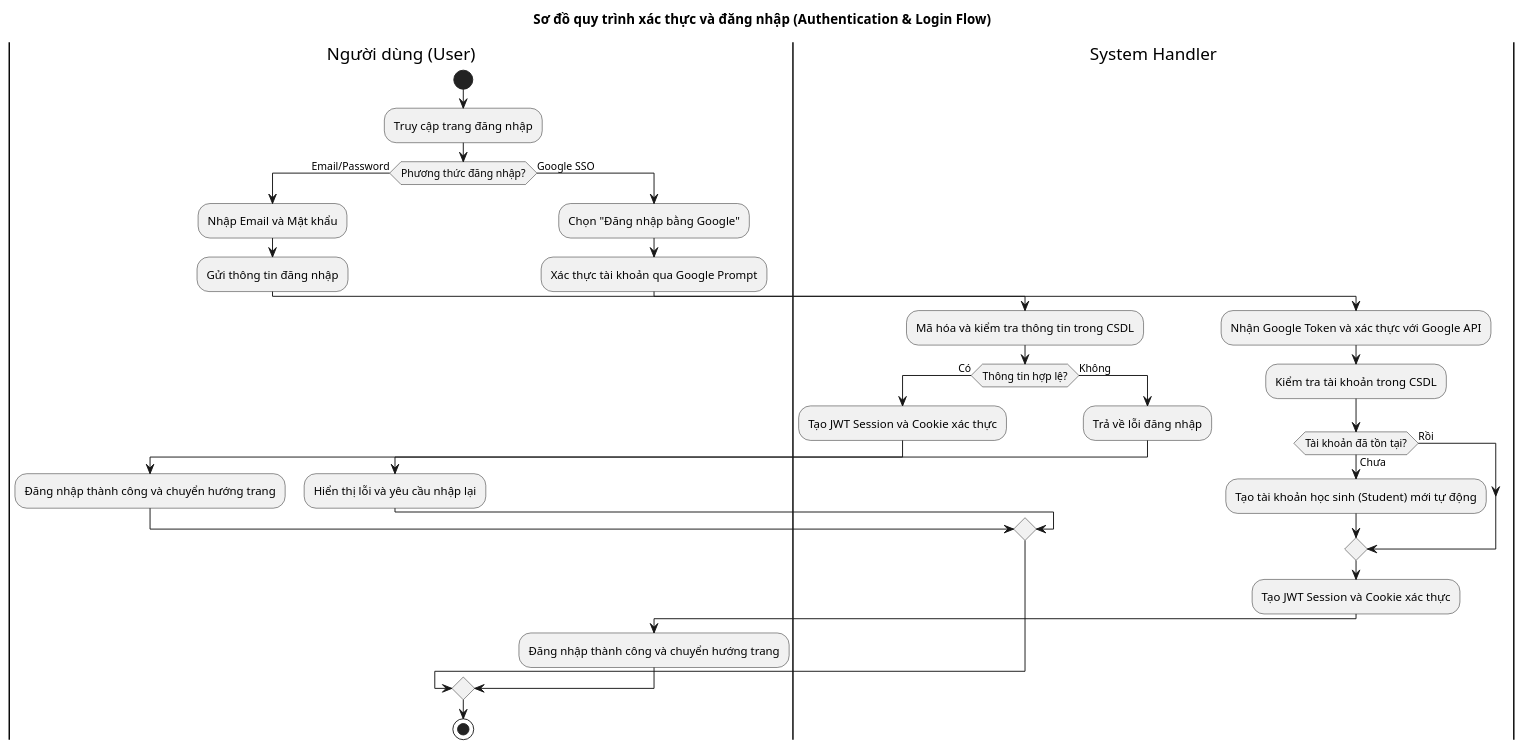
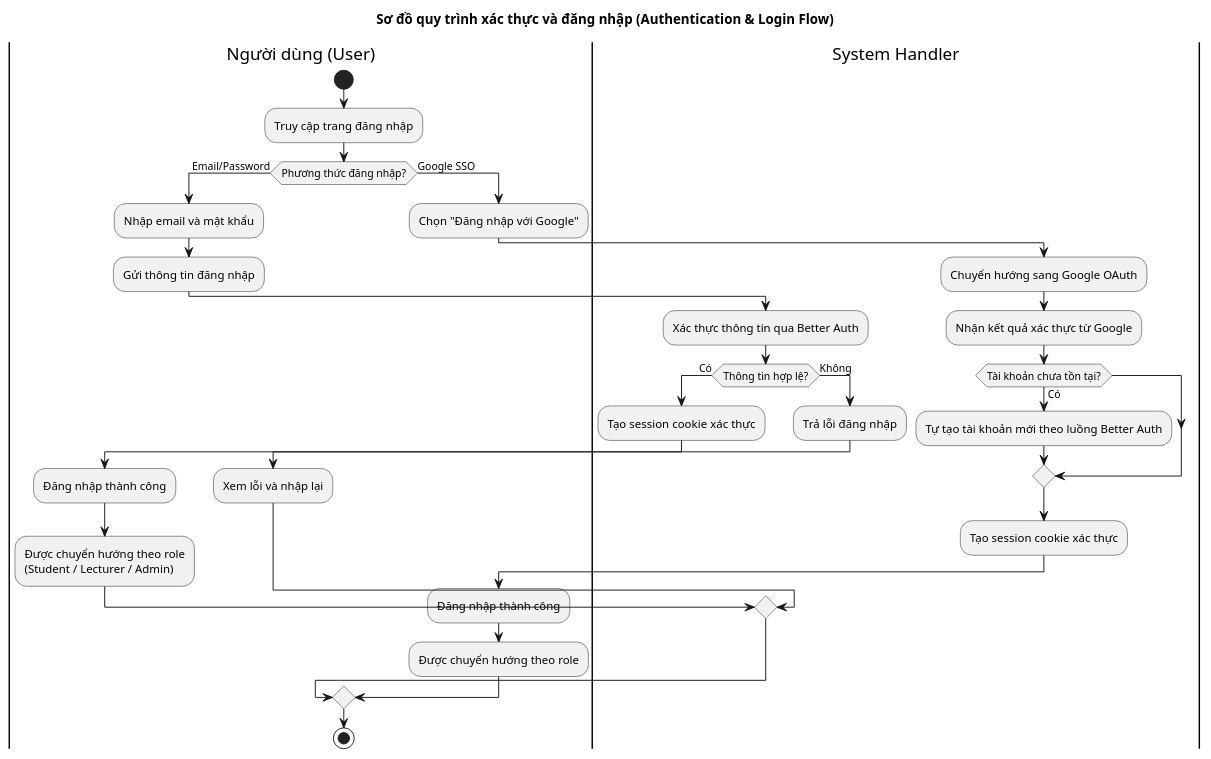
The diagram in docs/srs/flow-login.puml (lgdlong/chatbot-rag-fptu), drawn with PlantUML before and after one commit. The commit also changed 19 other files, not shown here.

Commit message:
docs(srs): cập nhật luồng chat, tài liệu và gói dịch vụ

```diff
--- a/docs/srs/flow-login.puml
+++ b/docs/srs/flow-login.puml
@@ -1,39 +1,38 @@
 @startuml
 title Sơ đồ quy trình xác thực và đăng nhập (Authentication & Login Flow)
 
 |Người dùng (User)|
 start
 :Truy cập trang đăng nhập;
 if (Phương thức đăng nhập?) then (Email/Password)
-  :Nhập Email và Mật khẩu;
+  :Nhập email và mật khẩu;
   :Gửi thông tin đăng nhập;
   |System Handler|
-  :Mã hóa và kiểm tra thông tin trong CSDL;
+  :Xác thực thông tin qua Better Auth;
   if (Thông tin hợp lệ?) then (Có)
-    :Tạo JWT Session và Cookie xác thực;
+    :Tạo session cookie xác thực;
     |Người dùng (User)|
-    :Đăng nhập thành công và chuyển hướng trang;
+    :Đăng nhập thành công;
+    :Được chuyển hướng theo role\n(Student / Lecturer / Admin);
   else (Không)
     |System Handler|
-    :Trả về lỗi đăng nhập;
+    :Trả lỗi đăng nhập;
     |Người dùng (User)|
-    :Hiển thị lỗi và yêu cầu nhập lại;
+    :Xem lỗi và nhập lại;
   endif
 else (Google SSO)
+  :Chọn "Đăng nhập với Google";
+  |System Handler|
+  :Chuyển hướng sang Google OAuth;
+  :Nhận kết quả xác thực từ Google;
+  if (Tài khoản chưa tồn tại?) then (Có)
+    :Tự tạo tài khoản mới theo luồng Better Auth;
+  endif
+  :Tạo session cookie xác thực;
   |Người dùng (User)|
-  :Chọn "Đăng nhập bằng Google";
-  :Xác thực tài khoản qua Google Prompt;
-  |System Handler|
-  :Nhận Google Token và xác thực với Google API;
-  :Kiểm tra tài khoản trong CSDL;
-  if (Tài khoản đã tồn tại?) then (Chưa)
-    :Tạo tài khoản học sinh (Student) mới tự động;
-  else (Rồi)
-  endif
-  :Tạo JWT Session và Cookie xác thực;
-  |Người dùng (User)|
-  :Đăng nhập thành công và chuyển hướng trang;
+  :Đăng nhập thành công;
+  :Được chuyển hướng theo role;
 endif
 
 stop
 @enduml
```
